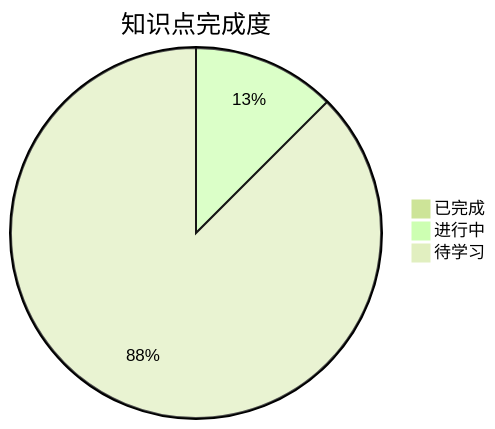
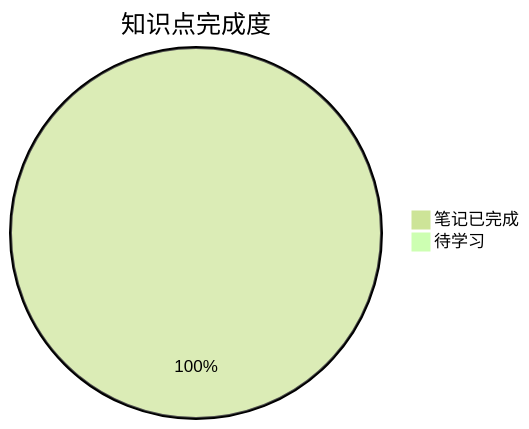
The diagram in 考研数学/高数-数列极限/📊 学习进度.md (Treasoni/kaoyan), drawn with Mermaid (forest theme) before and after one commit. The commit also changed other lines of this file and 1 other file, not shown here.

````diff
--- a/考研数学/高数-数列极限/📊 学习进度.md
+++ b/考研数学/高数-数列极限/📊 学习进度.md
@@ -11,6 +11,5 @@
 ```mermaid
 pie title 知识点完成度
-    "已完成" : 0
-    "进行中" : 1
-    "待学习" : 7
+    "笔记已完成" : 8
+    "待学习" : 0
 ```
````
